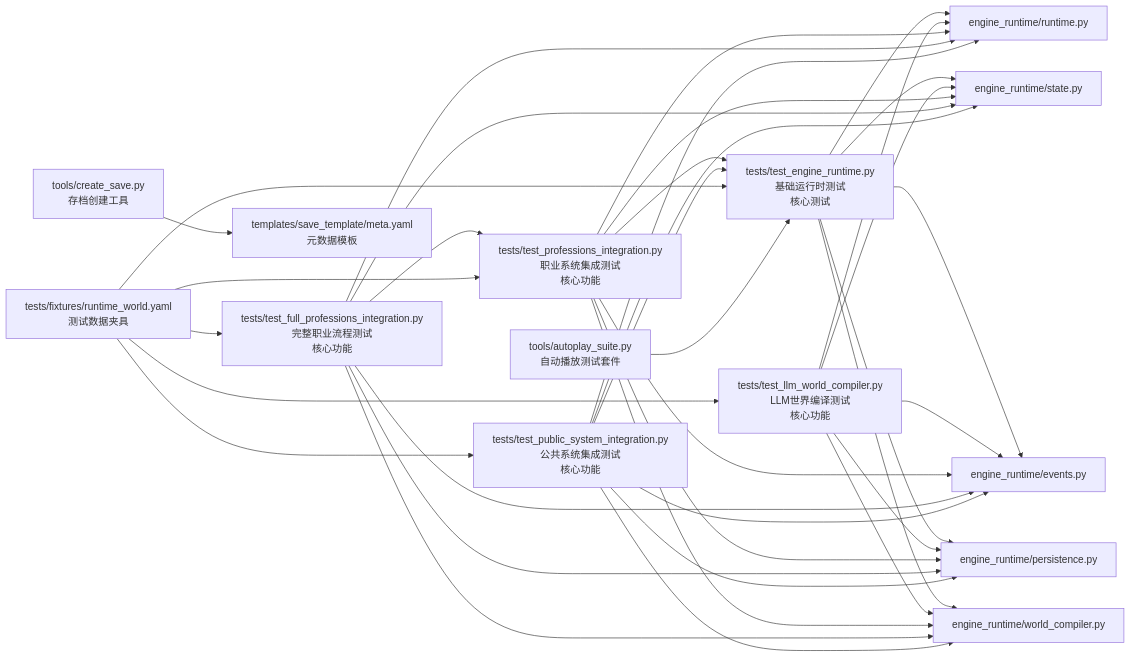
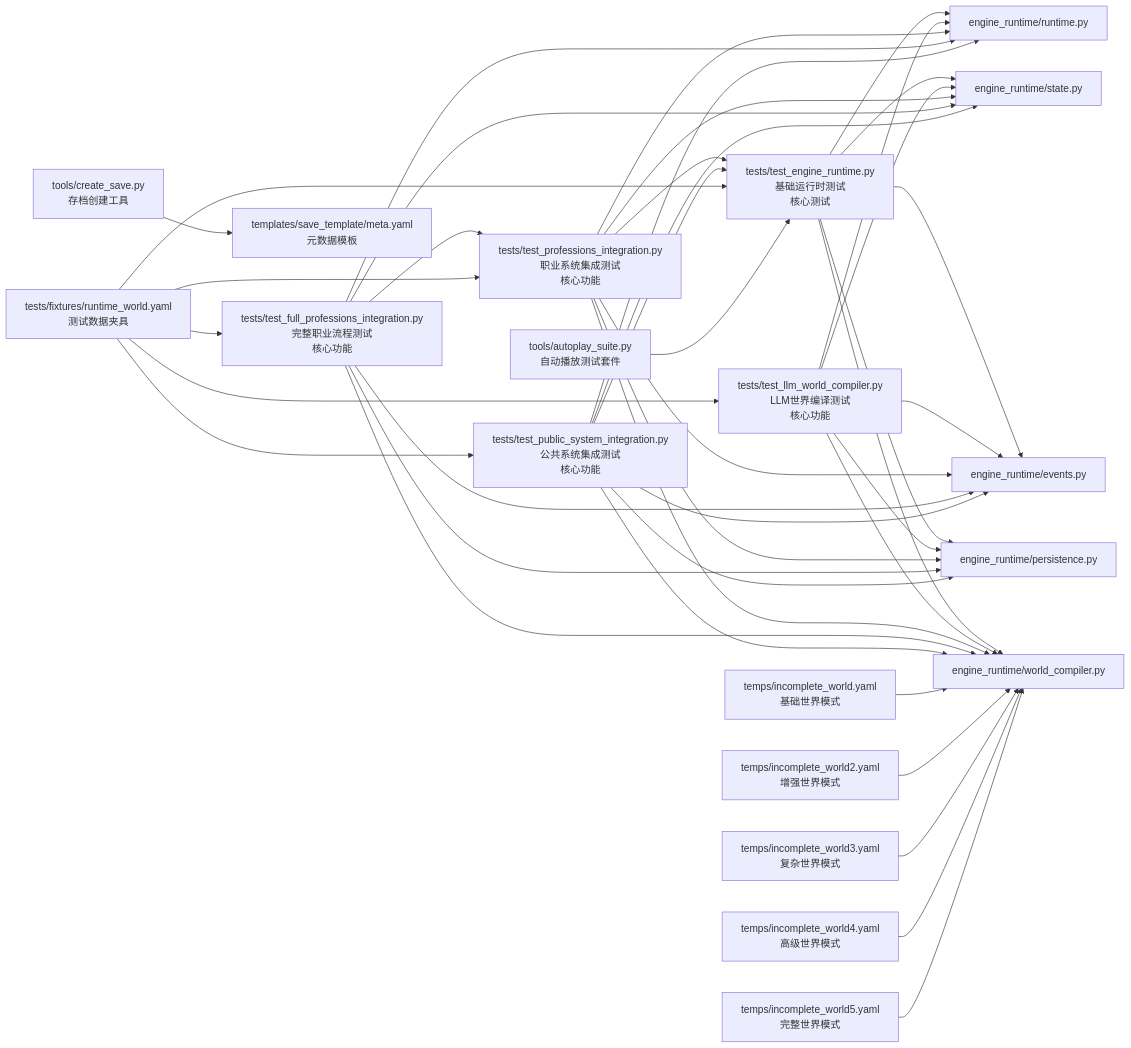
One commit to Ivandanslespace/thegreatnovel changed the fourth of 4 diagrams in .qoder/repowiki/zh/content/测试指南.md. Above: the diagram before and after it, drawn with Mermaid. The commit also changed other lines of this file and 55 other files, not shown here.

````diff
--- a/.qoder/repowiki/zh/content/测试指南.md
+++ b/.qoder/repowiki/zh/content/测试指南.md
@@ -448,38 +543,43 @@
 ```mermaid
 graph LR
 T["tests/test_engine_runtime.py<br/>基础运行时测试<br/>核心测试"] --> RT["engine_runtime/runtime.py"]
 T --> ST["engine_runtime/state.py"]
 T --> EV["engine_runtime/events.py"]
 T --> PS["engine_runtime/persistence.py"]
 T --> WC["engine_runtime/world_compiler.py"]
 LLM["tests/test_llm_world_compiler.py<br/>LLM世界编译测试<br/>核心功能"] --> WC
 LLM --> RT
 LLM --> ST
 LLM --> EV
 LLM --> PS
 TP["tests/test_professions_integration.py<br/>职业系统集成测试<br/>核心功能"] --> T
 TP --> RT
 TP --> ST
 TP --> EV
 TP --> PS
 TP --> WC
 TFP["tests/test_full_professions_integration.py<br/>完整职业流程测试<br/>核心功能"] --> TP
 TFP --> RT
 TFP --> ST
 TFP --> EV
 TFP --> PS
 TFP --> WC
 TPS["tests/test_public_system_integration.py<br/>公共系统集成测试<br/>核心功能"] --> T
 TPS --> RT
 TPS --> ST
 TPS --> EV
 TPS --> PS
 TPS --> WC
+WM1["temps/incomplete_world.yaml<br/>基础世界模式"] --> WC
+WM2["temps/incomplete_world2.yaml<br/>增强世界模式"] --> WC
+WM3["temps/incomplete_world3.yaml<br/>复杂世界模式"] --> WC
+WM4["temps/incomplete_world4.yaml<br/>高级世界模式"] --> WC
+WM5["temps/incomplete_world5.yaml<br/>完整世界模式"] --> WC
 FX["tests/fixtures/runtime_world.yaml<br/>测试数据夹具"] --> T
 FX --> LLM
 FX --> TP
 FX --> TFP
 FX --> TPS
 CS["tools/create_save.py<br/>存档创建工具"] --> TM["templates/save_template/meta.yaml<br/>元数据模板"]
 AS["tools/autoplay_suite.py<br/>自动播放测试套件"] --> T
 ```
````
